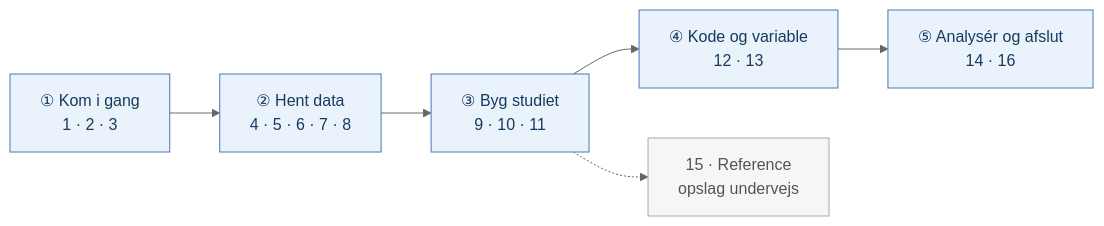
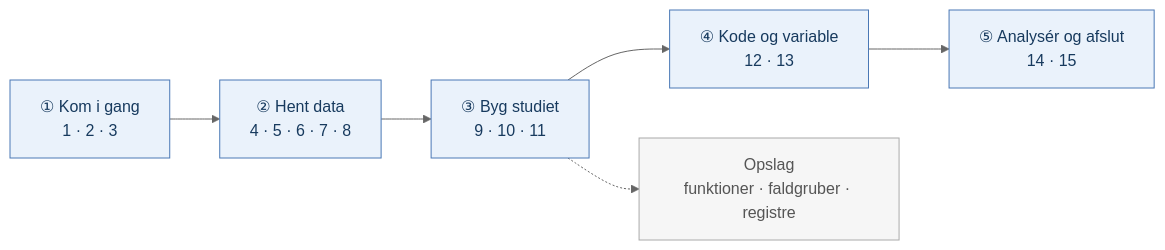
One commit to steno-aarhus/registers-guide changed the diagram in docs/da/00_index.qmd. Above: the diagram before and after it, drawn with Mermaid (neutral theme). The commit also changed other lines of this file and 46 other files, not shown here.

````diff
--- a/docs/da/00_index.qmd
+++ b/docs/da/00_index.qmd
@@ -56,9 +56,9 @@
 ```{mermaid}
 flowchart LR
-    S1["①  Kom i gang<br>1 · 2 · 3"] --> S2["②  Hent data<br>4 · 5 · 6 · 7 · 8"] --> S3["③  Byg studiet<br>9 · 10 · 11"] --> S4["④  Kode og variable<br>12 · 13"] --> S5["⑤  Analysér og afslut<br>14 · 16"]
-    S3 -.-> R15["15 · Reference<br>opslag undervejs"]
+    S1["①  Kom i gang<br>1 · 2 · 3"] --> S2["②  Hent data<br>4 · 5 · 6 · 7 · 8"] --> S3["③  Byg studiet<br>9 · 10 · 11"] --> S4["④  Kode og variable<br>12 · 13"] --> S5["⑤  Analysér og afslut<br>14 · 15"]
+    S3 -.-> R15["Opslag<br>funktioner · faldgruber · registre"]
     classDef stage fill:#eaf2fb,stroke:#4a78b5,stroke-width:1px,color:#173a5e;
     classDef ref fill:#f6f6f6,stroke:#aaaaaa,color:#555555;
     class S1,S2,S3,S4,S5 stage
     class R15 ref
 ```
````
